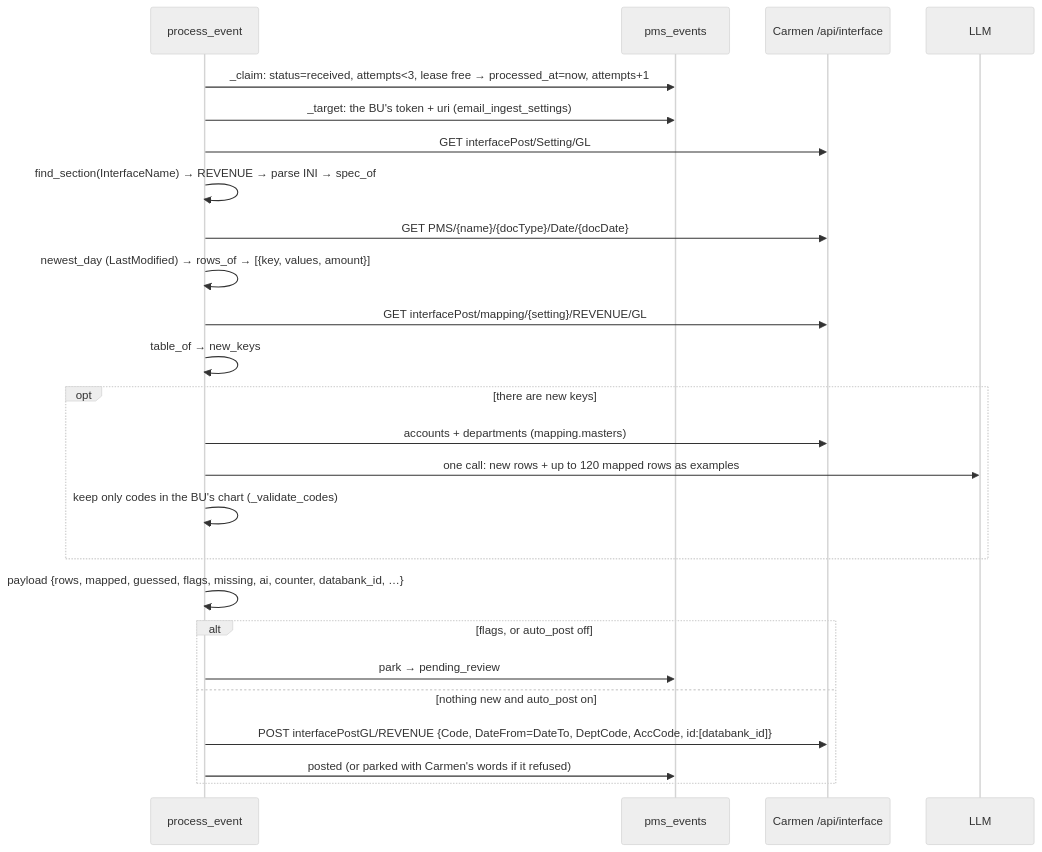
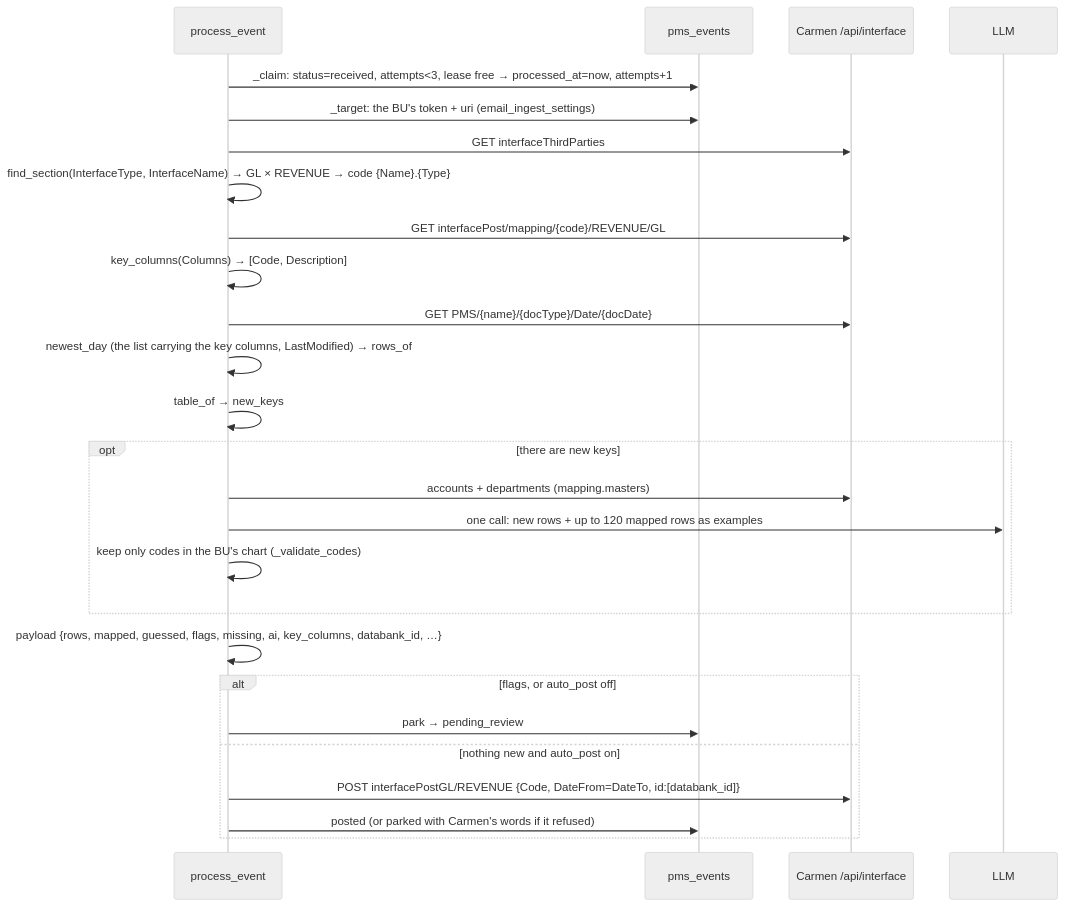
The fourth of 7 diagrams in docs/pms-interface/02-architecture.md (developer-carmensoftware/OCR), drawn with Mermaid (neutral theme) before and after one commit. The commit also changed other lines of this file and 10 other files, not shown here.

````diff
--- a/docs/pms-interface/02-architecture.md
+++ b/docs/pms-interface/02-architecture.md
@@ -97,28 +97,29 @@
 ```mermaid
 sequenceDiagram
     participant W as process_event
     participant DB as pms_events
     participant C as Carmen /api/interface
     participant L as LLM
 
     W->>DB: _claim: status=received, attempts<3, lease free → processed_at=now, attempts+1
     W->>DB: _target: the BU's token + uri (email_ingest_settings)
-    W->>C: GET interfacePost/Setting/GL
-    W->>W: find_section(InterfaceName) → REVENUE → parse INI → spec_of
+    W->>C: GET interfaceThirdParties
+    W->>W: find_section(InterfaceType, InterfaceName) → GL × REVENUE → code {Name}.{Type}
+    W->>C: GET interfacePost/mapping/{code}/REVENUE/GL
+    W->>W: key_columns(Columns) → [Code, Description]
     W->>C: GET PMS/{name}/{docType}/Date/{docDate}
-    W->>W: newest_day (LastModified) → rows_of → [{key, values, amount}]
-    W->>C: GET interfacePost/mapping/{setting}/REVENUE/GL
+    W->>W: newest_day (the list carrying the key columns, LastModified) → rows_of
     W->>W: table_of → new_keys
     opt there are new keys
         W->>C: accounts + departments (mapping.masters)
         W->>L: one call: new rows + up to 120 mapped rows as examples
         W->>W: keep only codes in the BU's chart (_validate_codes)
     end
-    W->>W: payload {rows, mapped, guessed, flags, missing, ai, counter, databank_id, …}
+    W->>W: payload {rows, mapped, guessed, flags, missing, ai, key_columns, databank_id, …}
     alt flags, or auto_post off
         W->>DB: park → pending_review
     else nothing new and auto_post on
-        W->>C: POST interfacePostGL/REVENUE {Code, DateFrom=DateTo, DeptCode, AccCode, id:[databank_id]}
+        W->>C: POST interfacePostGL/REVENUE {Code, DateFrom=DateTo, id:[databank_id]}
         W->>DB: posted (or parked with Carmen's words if it refused)
     end
 ```
````
